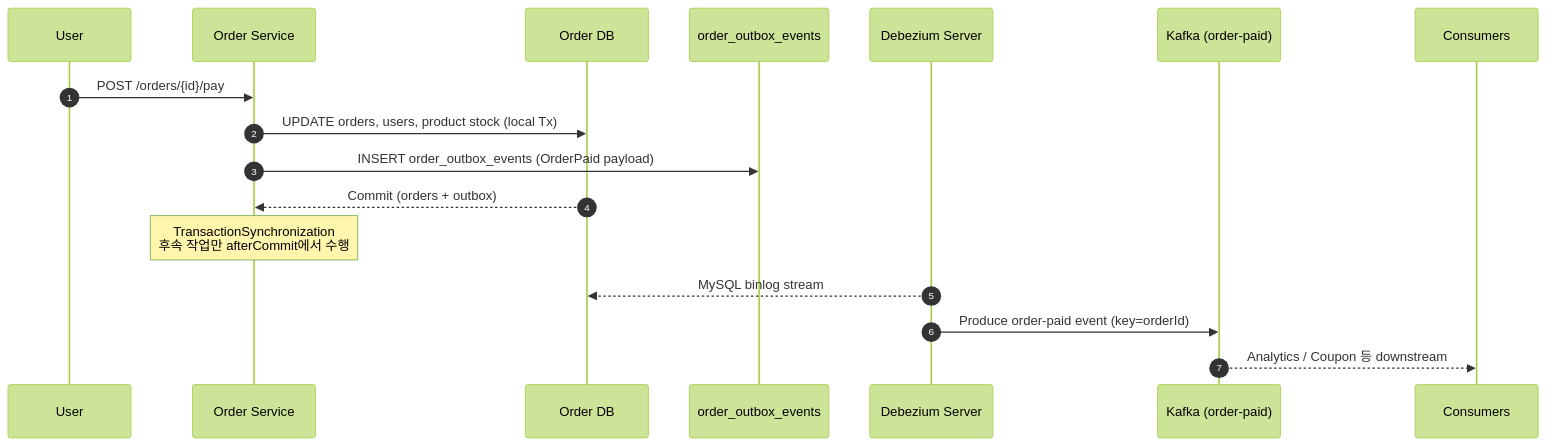
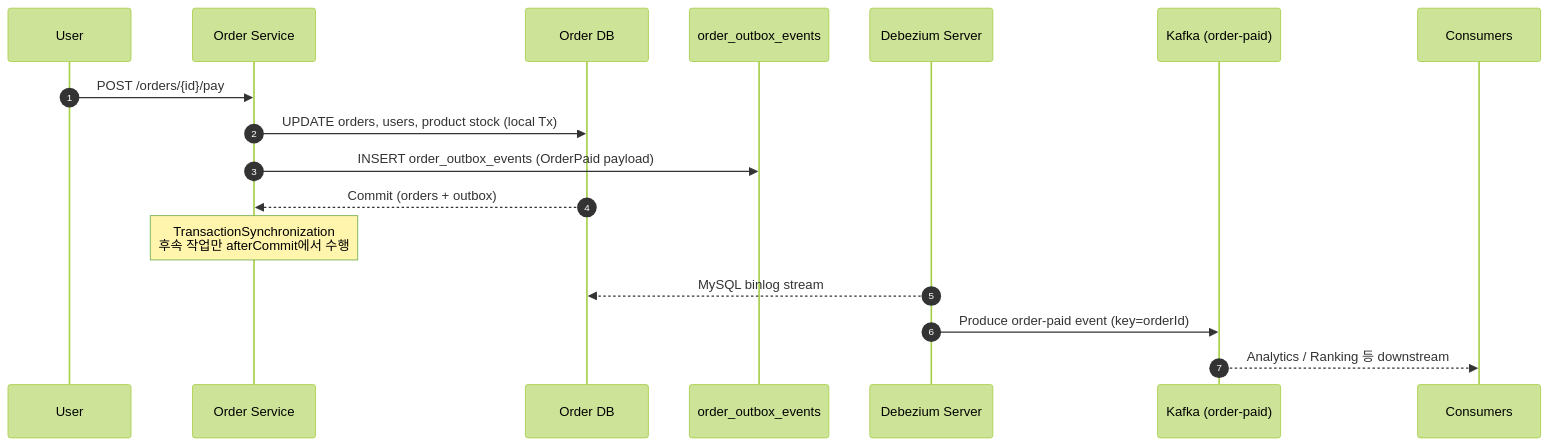
One commit to titaniper/hp changed the first of 3 diagrams in joopang/reports/step17-18/reports/order-service-cdc-outbox.md. Above: the diagram before and after it, drawn with Mermaid (forest theme). The commit also changed other lines of this file and 17 other files, not shown here.

````diff
--- a/joopang/reports/step17-18/reports/order-service-cdc-outbox.md
+++ b/joopang/reports/step17-18/reports/order-service-cdc-outbox.md
@@ -8,19 +8,19 @@
 ```mermaid
 sequenceDiagram
     autonumber
     participant U as User
     participant OS as Order Service
     participant DB as Order DB
     participant OB as order_outbox_events
     participant DZ as Debezium Server
     participant K as Kafka (order-paid)
 
     U->>OS: POST /orders/{id}/pay
     OS->>DB: UPDATE orders, users, product stock (local Tx)
     OS->>OB: INSERT order_outbox_events (OrderPaid payload)
     DB-->>OS: Commit (orders + outbox)
     note over OS: TransactionSynchronization<br/>후속 작업만 afterCommit에서 수행
     DZ-->>DB: MySQL binlog stream
     DZ->>K: Produce order-paid event (key=orderId)
-    K-->>Consumers: Analytics / Coupon 등 downstream
+    K-->>Consumers: Analytics / Ranking 등 downstream
 ```
````
